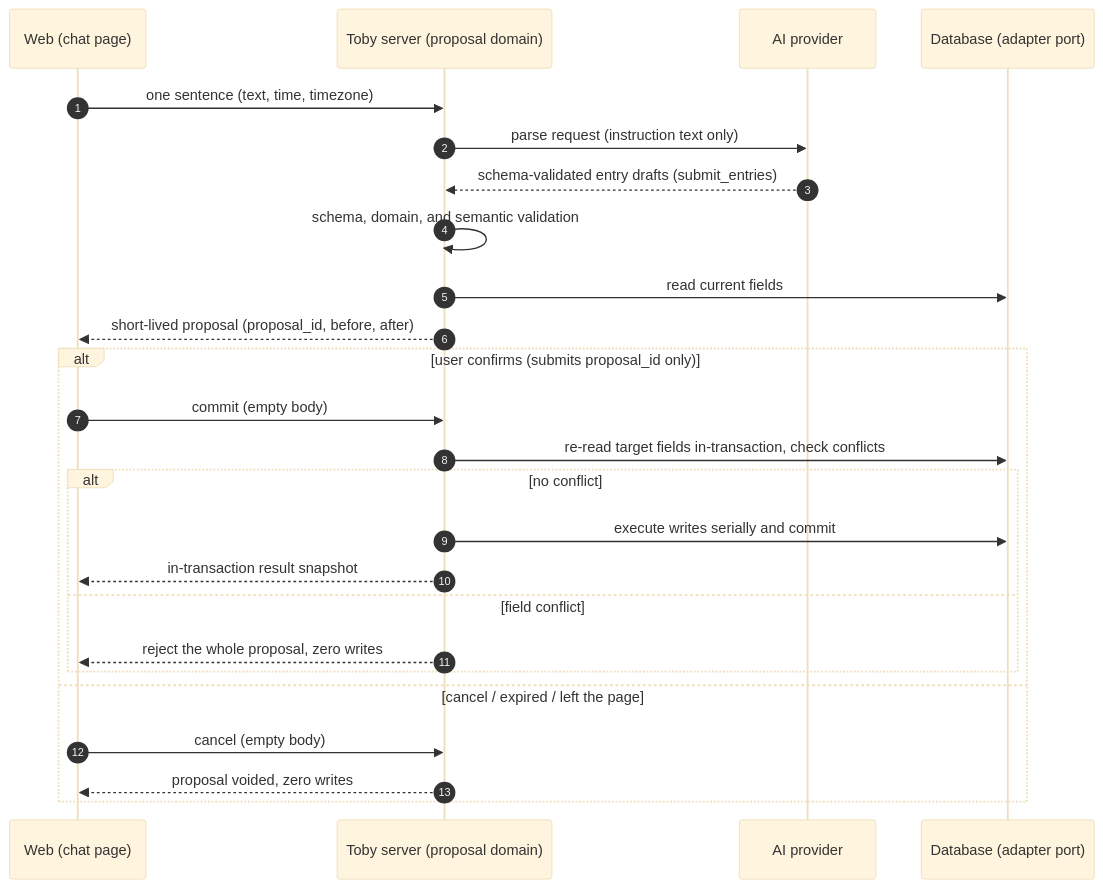
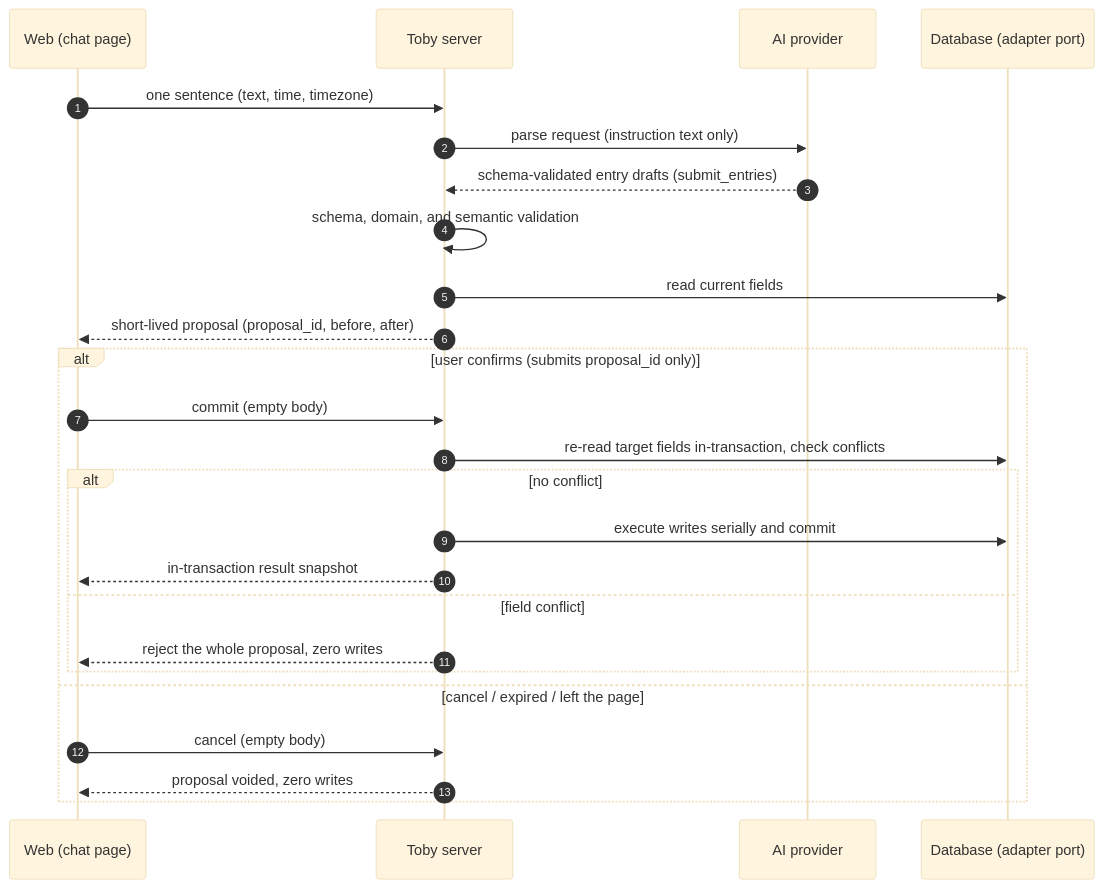
Before and after one commit to dengyusys/toby: the second of 3 diagrams in docs/system-overview.md, drawn with Mermaid (base theme). The commit also changed other lines of this file and 12 other files, not shown here.

````diff
--- a/docs/system-overview.md
+++ b/docs/system-overview.md
@@ -71,29 +71,29 @@
 ```mermaid
 sequenceDiagram
     autonumber
     participant W as Web (chat page)
-    participant S as Toby server (proposal domain)
+    participant S as Toby server
     participant A as AI provider
     participant D as Database (adapter port)
 
     W->>S: one sentence (text, time, timezone)
     S->>A: parse request (instruction text only)
     A-->>S: schema-validated entry drafts (submit_entries)
     S->>S: schema, domain, and semantic validation
     S->>D: read current fields
     S-->>W: short-lived proposal (proposal_id, before, after)
 
     alt user confirms (submits proposal_id only)
         W->>S: commit (empty body)
         S->>D: re-read target fields in-transaction, check conflicts
         alt no conflict
             S->>D: execute writes serially and commit
             S-->>W: in-transaction result snapshot
         else field conflict
             S-->>W: reject the whole proposal, zero writes
         end
     else cancel / expired / left the page
         W->>S: cancel (empty body)
         S-->>W: proposal voided, zero writes
     end
 ```
````
